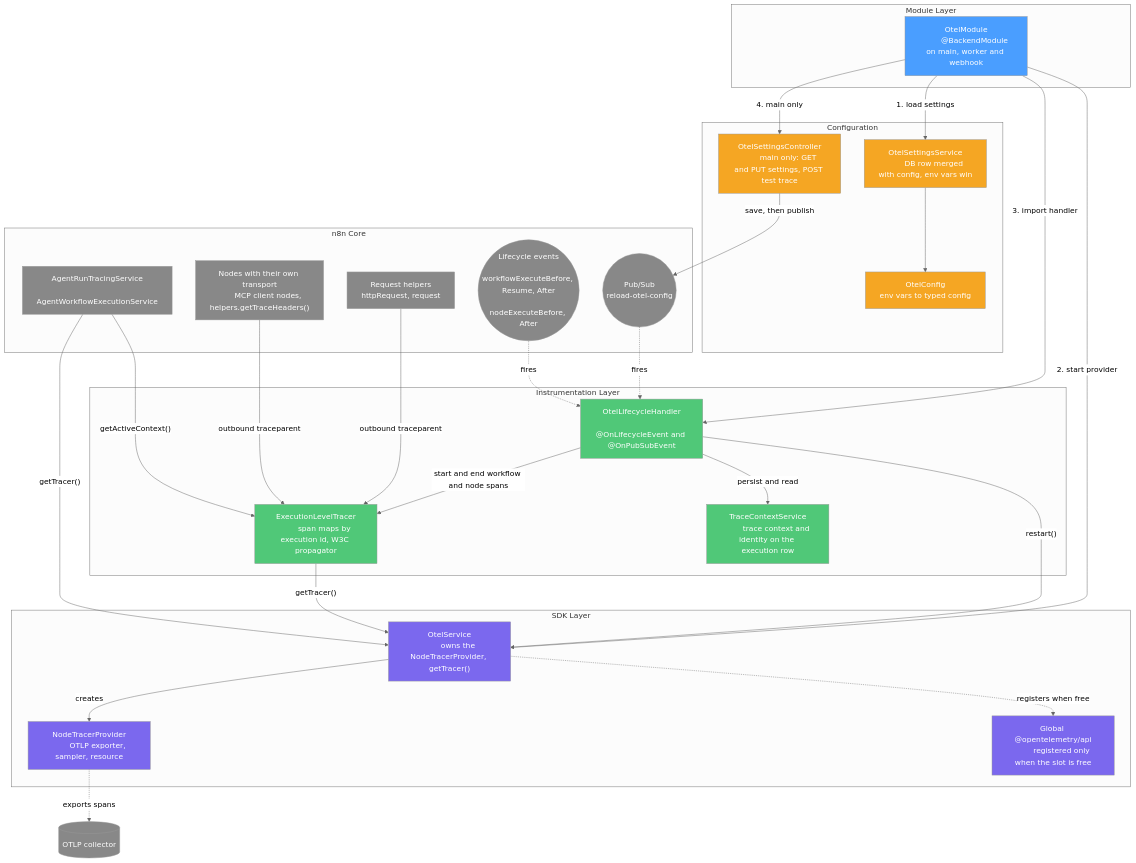
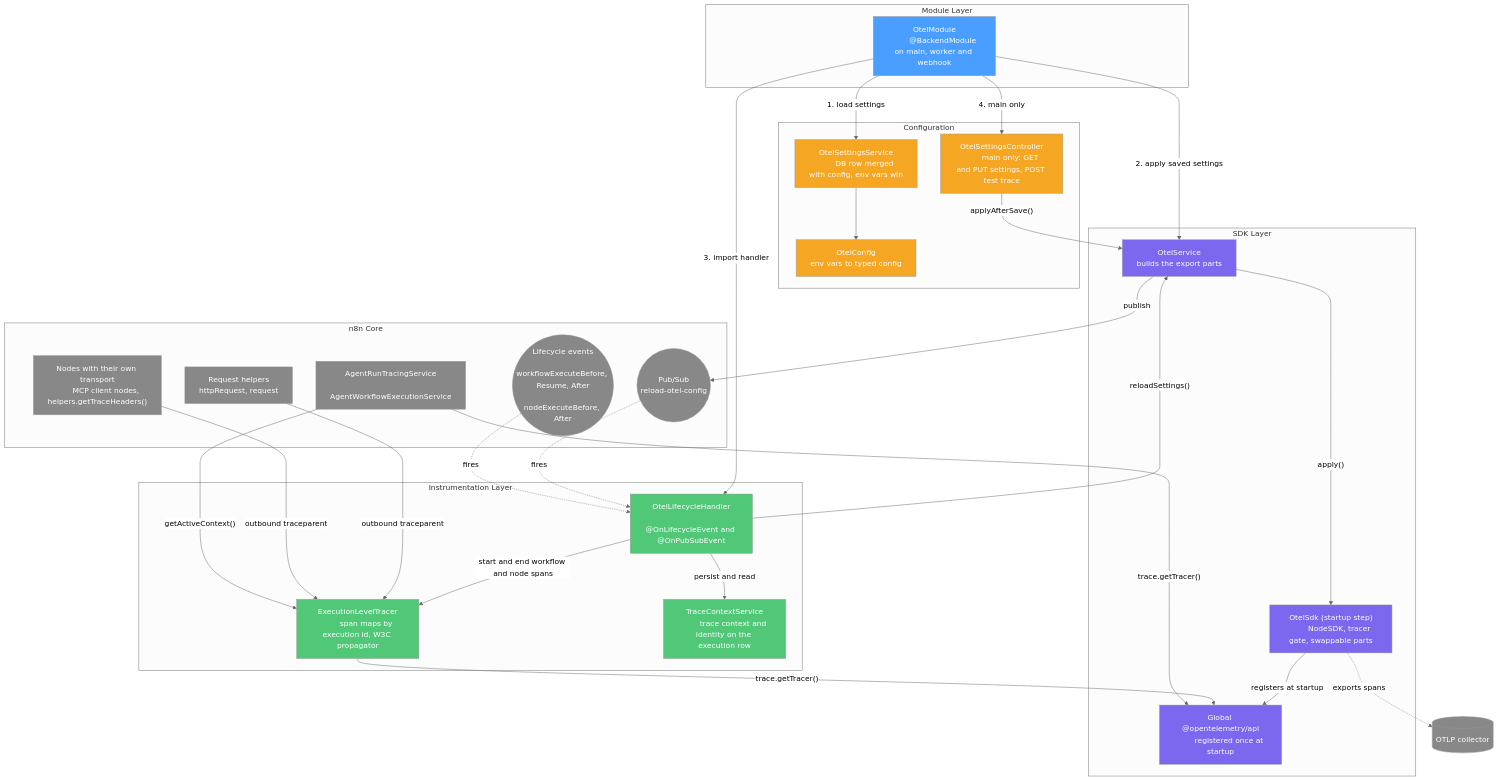
One commit to gabrielmoreira/agent-skills-mirror changed the diagram in mirrors/repos/n8n-io@n8n/packages/cli/src/modules/otel/README.md. Above: the diagram before and after it, drawn with Mermaid (neutral theme). The commit also changed other lines of this file and 6392 other files, not shown here.

```diff
--- a/mirrors/repos/n8n-io@n8n/packages/cli/src/modules/otel/README.md
+++ b/mirrors/repos/n8n-io@n8n/packages/cli/src/modules/otel/README.md
@@ -146,11 +149,11 @@
 
     subgraph SDK Layer
         SVC["OtelService
-        owns the NodeTracerProvider, getTracer()"]
-        SDK["NodeTracerProvider
-        OTLP exporter, sampler, resource"]
+        builds the export parts"]
+        SDK["OtelSdk (startup step)
+        NodeSDK, tracer gate, swappable parts"]
         API["Global @opentelemetry/api
-        registered only when the slot is free"]
+        registered once at startup"]
     end
 
     subgraph Instrumentation Layer
@@ -180,23 +183,24 @@
 
     MOD -- "1. load settings" --> SET
     SET --> CFG
-    MOD -- "2. start provider" --> SVC
-    SVC -- "creates" --> SDK
-    SVC -. "registers when free" .-> API
+    MOD -- "2. apply saved settings" --> SVC
+    SVC -- "apply()" --> SDK
+    SDK -- "registers at startup" --> API
     MOD -- "3. import handler" --> LCH
     MOD -- "4. main only" --> CTRL
-    CTRL -- "save, then publish" --> PUB
+    CTRL -- "applyAfterSave()" --> SVC
+    SVC -- "publish" --> PUB
     PUB -. "fires" .-> LCH
-    LCH -- "restart()" --> SVC
+    LCH -- "reloadSettings()" --> SVC
 
     LC -. "fires" .-> LCH
     LCH -- "start and end workflow and node spans" --> ELT
     LCH -- "persist and read" --> TCS
-    ELT -- "getTracer()" --> SVC
+    ELT -- "trace.getTracer()" --> API
     REQ -- "outbound traceparent" --> ELT
     MCP -- "outbound traceparent" --> ELT
     AGT -- "getActiveContext()" --> ELT
-    AGT -- "getTracer()" --> SVC
+    AGT -- "trace.getTracer()" --> API
     SDK -. "exports spans" .-> COL
 
     classDef module fill:#4a9eff,color:#fff
```
